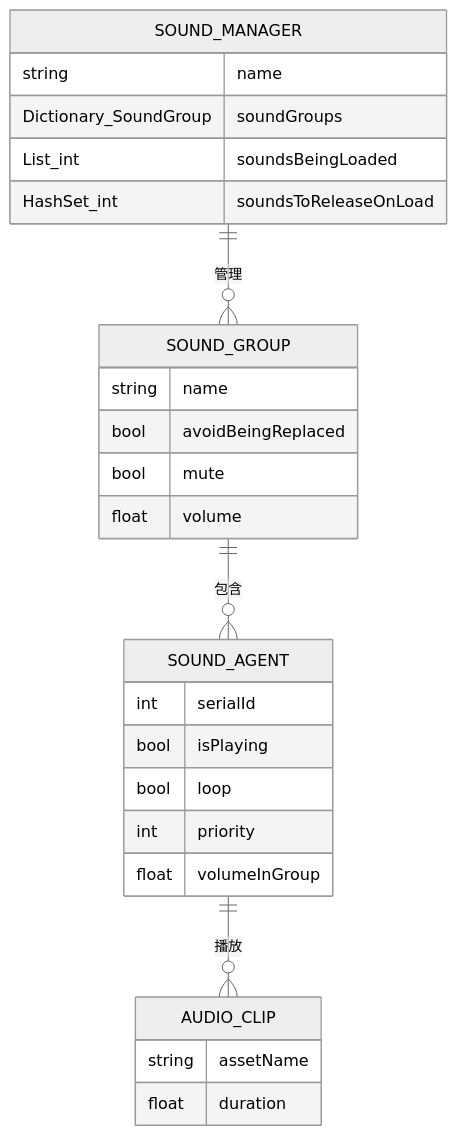
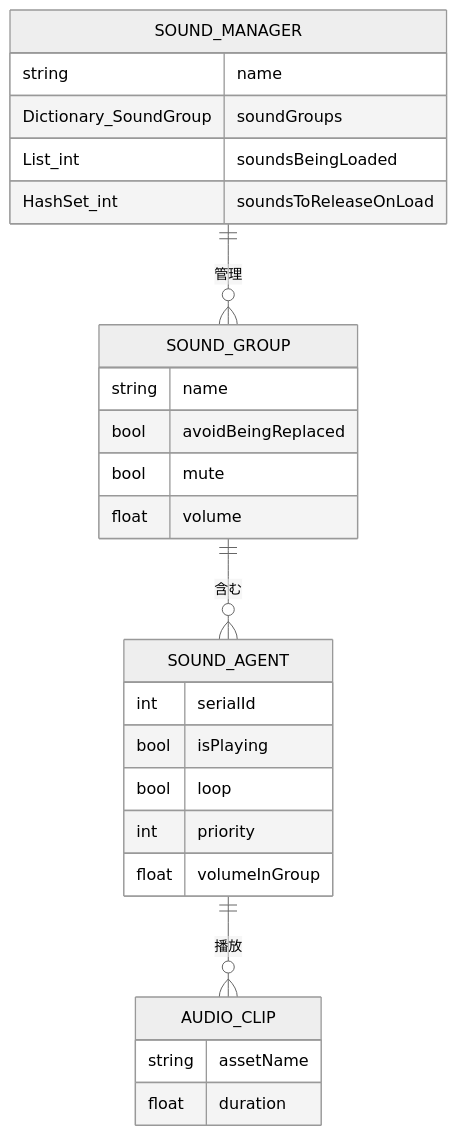
One commit to AlianBlank/GameFrameX.Docs changed the third of 5 diagrams in docs/ja/client/unity/component/sound/05.sound-manager.md. Above: the diagram before and after it, drawn with Mermaid (neutral theme). The commit also changed other lines of this file and 320 other files, not shown here.

````diff
--- a/docs/ja/client/unity/component/sound/05.sound-manager.md
+++ b/docs/ja/client/unity/component/sound/05.sound-manager.md
@@ -159,33 +159,33 @@
 ```mermaid
 erDiagram
     SOUND_MANAGER ||--o{ SOUND_GROUP : "管理"
-    SOUND_GROUP ||--o{ SOUND_AGENT : "包含"
+    SOUND_GROUP ||--o{ SOUND_AGENT : "含む"
     SOUND_AGENT ||--o{ AUDIO_CLIP : "播放"
     
     SOUND_MANAGER {
         string name
         Dictionary_SoundGroup soundGroups
         List_int soundsBeingLoaded
         HashSet_int soundsToReleaseOnLoad
     }
     
     SOUND_GROUP {
         string name
         bool avoidBeingReplaced
         bool mute
         float volume
     }
     
     SOUND_AGENT {
         int serialId
         bool isPlaying
         bool loop
         int priority
         float volumeInGroup
     }
     
     AUDIO_CLIP {
         string assetName
         float duration
     }
 ```
````
